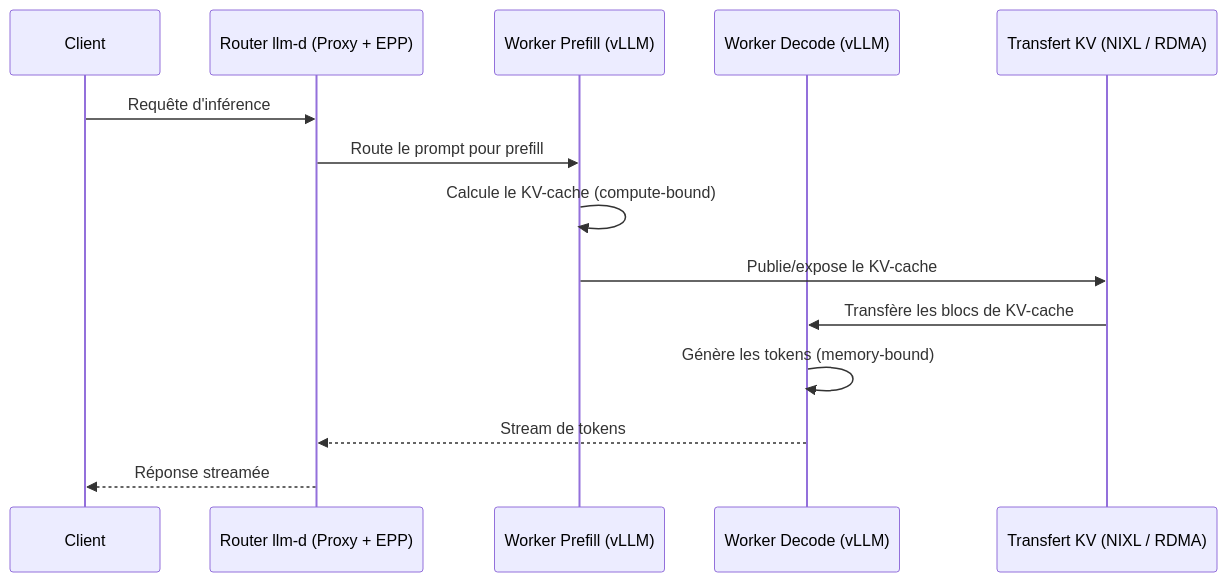
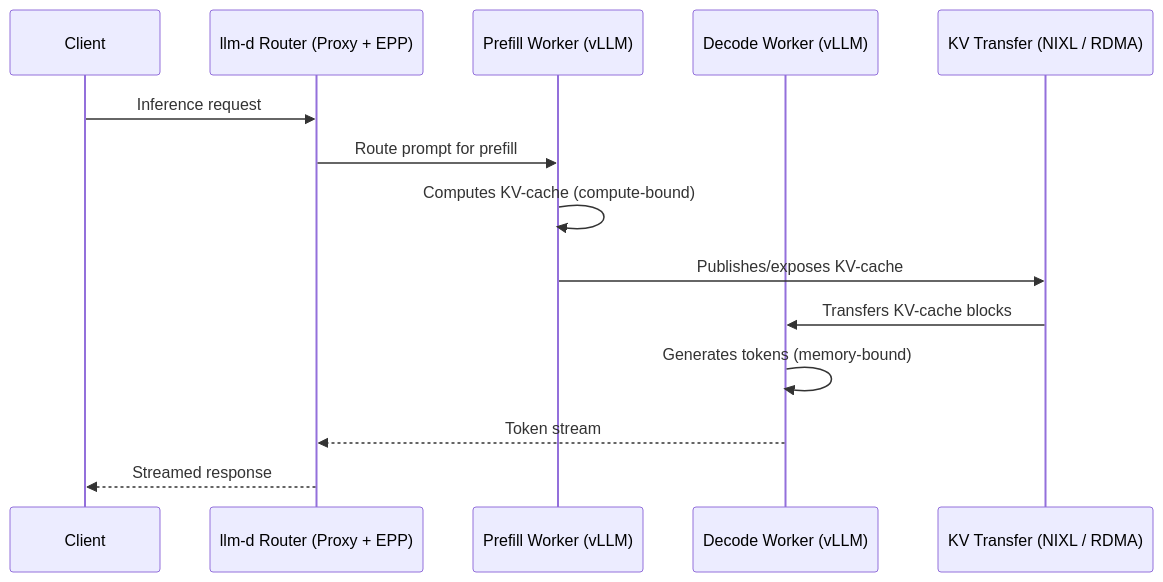
Before and after one commit to ADORSYS-GIS/Custom-Ai-Ops: diagram 15 of 26 in docs/explain/llm-d.md, drawn with Mermaid. The commit also changed other lines of this file, not shown here.

Commit message:
feat(Custom-AI-Ops): llm-d explaind and  full implementation

````diff
--- a/docs/explain/llm-d.md
+++ b/docs/explain/llm-d.md
@@ -570,17 +570,17 @@
 ```mermaid
 sequenceDiagram
     participant Client
-    participant Router as Router llm-d (Proxy + EPP)
-    participant Prefill as Worker Prefill (vLLM)
-    participant Decode as Worker Decode (vLLM)
-    participant Xfer as Transfert KV (NIXL / RDMA)
+    participant Router as llm-d Router (Proxy + EPP)
+    participant Prefill as Prefill Worker (vLLM)
+    participant Decode as Decode Worker (vLLM)
+    participant Xfer as KV Transfer (NIXL / RDMA)
 
-    Client->>Router: Requête d'inférence
-    Router->>Prefill: Route le prompt pour prefill
-    Prefill->>Prefill: Calcule le KV-cache (compute-bound)
-    Prefill->>Xfer: Publie/expose le KV-cache
-    Xfer->>Decode: Transfère les blocs de KV-cache
-    Decode->>Decode: Génère les tokens (memory-bound)
-    Decode-->>Router: Stream de tokens
-    Router-->>Client: Réponse streamée
+    Client->>Router: Inference request
+    Router->>Prefill: Route prompt for prefill
+    Prefill->>Prefill: Computes KV-cache (compute-bound)
+    Prefill->>Xfer: Publishes/exposes KV-cache
+    Xfer->>Decode: Transfers KV-cache blocks
+    Decode->>Decode: Generates tokens (memory-bound)
+    Decode-->>Router: Token stream
+    Router-->>Client: Streamed response
 ```
````
